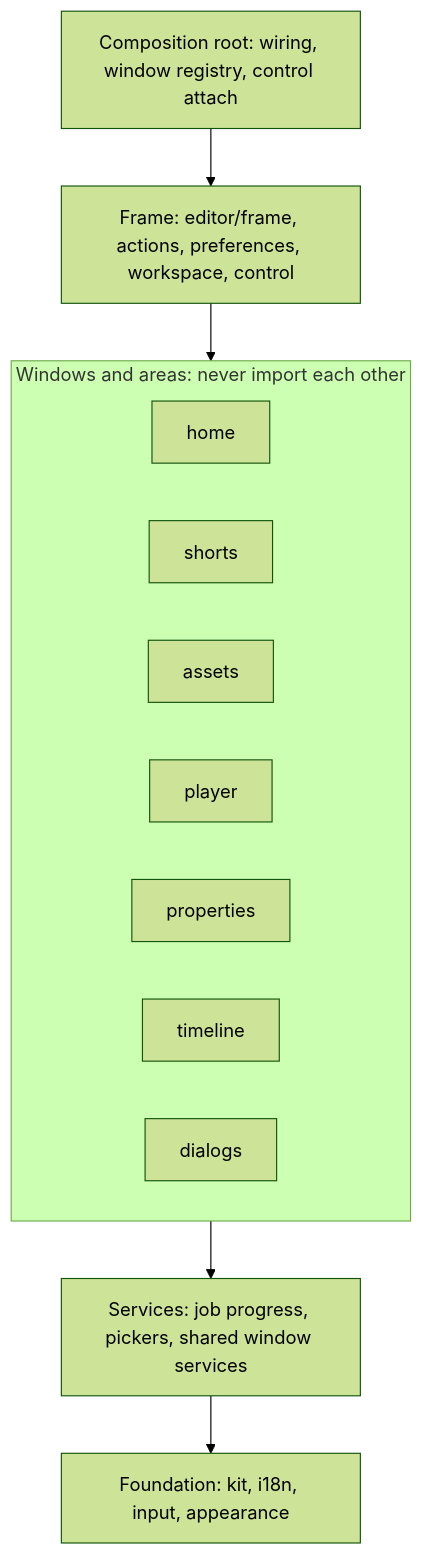
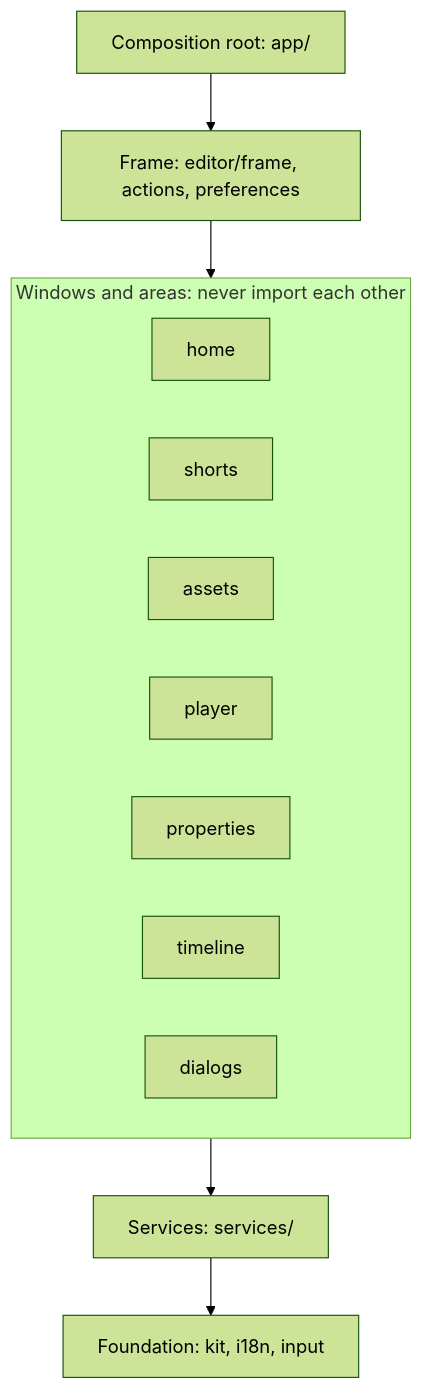
Before and after one commit to canhta/vibecut: the second of 3 diagrams in docs/engineering/structure.md, drawn with Mermaid (forest theme). The commit also changed other lines of this file, not shown here.

Commit message:
docs(structure): the desktop root is twelve named children and Session owns selection

````diff
--- a/docs/engineering/structure.md
+++ b/docs/engineering/structure.md
@@ -64,10 +64,10 @@
 ```mermaid
 flowchart TB
-  root[Composition root: wiring, window registry, control attach] --> frame
-  frame[Frame: editor/frame, actions, preferences, workspace, control] --> areas
+  root[Composition root: app/] --> frame
+  frame[Frame: editor/frame, actions, preferences] --> areas
   subgraph areas[Windows and areas: never import each other]
     home; shorts; assets; player; properties; timeline; dialogs
   end
-  areas --> services[Services: job progress, pickers, shared window services]
-  services --> foundation[Foundation: kit, i18n, input, appearance]
+  areas --> services[Services: services/]
+  services --> foundation[Foundation: kit, i18n, input]
 ```
````
